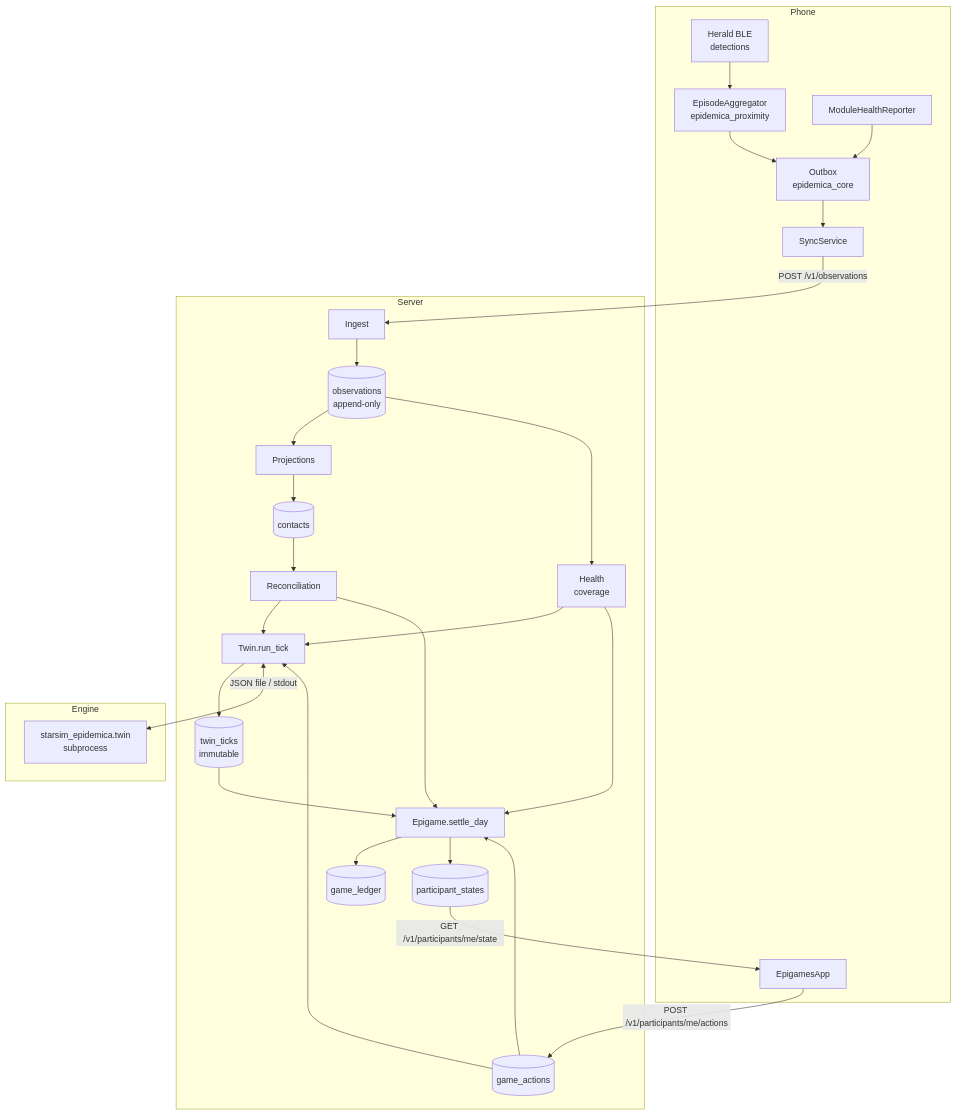
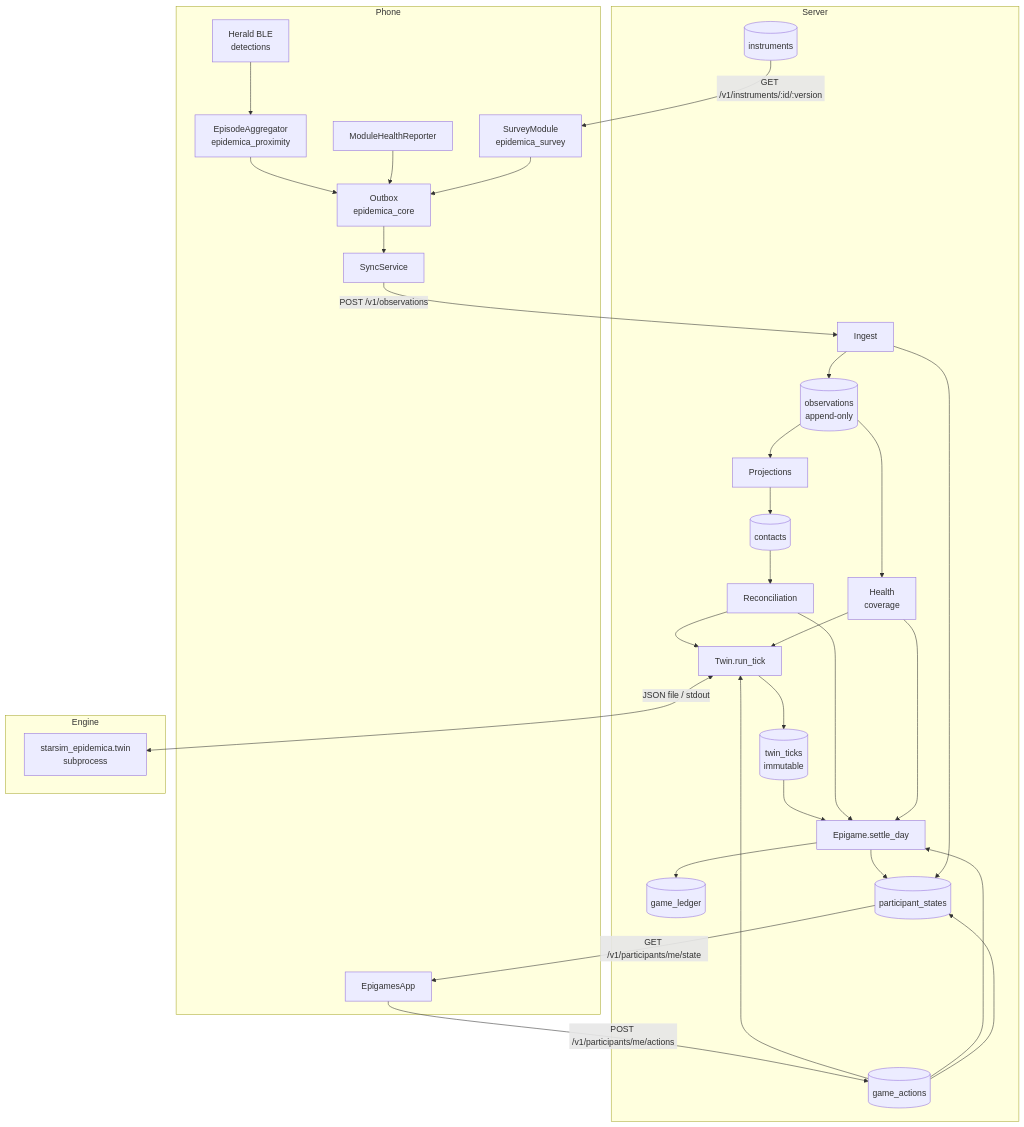
The first of 3 diagrams in docs/concepts/epigame.md (colabobio/epidemica), drawn with Mermaid before and after one commit. The commit also changed other lines of this file and 24 other files, not shown here.

First line of the commit message:
feat: add survey module and instrument management

````diff
--- a/docs/concepts/epigame.md
+++ b/docs/concepts/epigame.md
@@ -12,37 +13,42 @@
 ```mermaid
 flowchart TB
   subgraph phone["Phone"]
     BLE["Herald BLE<br/>detections"] --> AGG["EpisodeAggregator<br/>epidemica_proximity"]
     AGG --> OB["Outbox<br/>epidemica_core"]
     HEALTH["ModuleHealthReporter"] --> OB
+    SURVEY["SurveyModule<br/>epidemica_survey"] --> OB
     OB --> SYNC["SyncService"]
     UI["EpigamesApp"]
   end
 
   subgraph server["Server"]
     ING["Ingest"] --> OBS[("observations<br/>append-only")]
     OBS --> PROJ["Projections"] --> CON[("contacts")]
     CON --> REC["Reconciliation"]
     OBS --> HLTH["Health<br/>coverage"]
     ACT[("game_actions")]
+    INST[("instruments")]
     REC --> TWIN["Twin.run_tick"]
     HLTH --> TWIN
     ACT --> TWIN
     TWIN --> TICKS[("twin_ticks<br/>immutable")]
     TICKS --> SETTLE["Epigame.settle_day"]
     REC --> SETTLE
     HLTH --> SETTLE
     ACT --> SETTLE
     SETTLE --> LEDGER[("game_ledger")]
     SETTLE --> PS[("participant_states")]
+    ACT --> PS
+    ING --> PS
   end
 
   subgraph engine["Engine"]
     PY["starsim_epidemica.twin<br/>subprocess"]
   end
 
   SYNC -->|"POST /v1/observations"| ING
   TWIN <-->|"JSON file / stdout"| PY
   PS -->|"GET /v1/participants/me/state"| UI
   UI -->|"POST /v1/participants/me/actions"| ACT
+  INST -->|"GET /v1/instruments/:id/:version"| SURVEY
 ```
````
